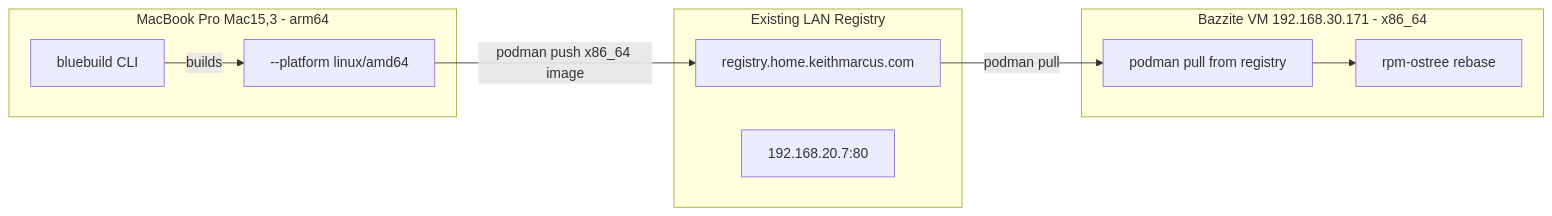
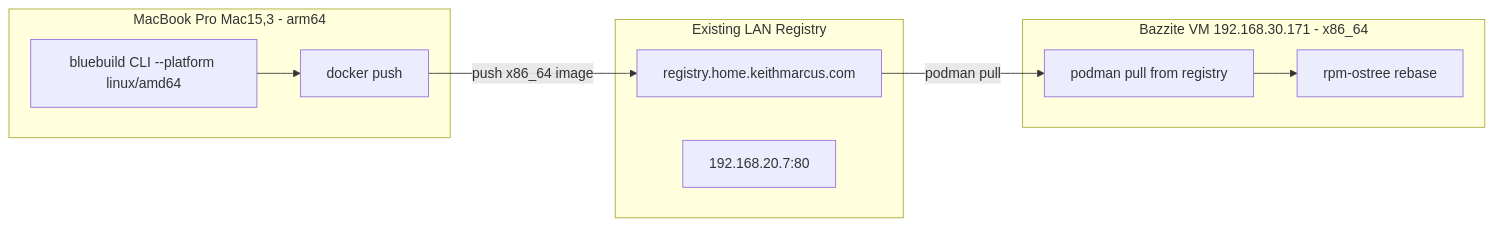
The diagram in docs/development-guide.md (KeithMarcusXIII/bazzite-moonlight), drawn with Mermaid before and after one commit. The commit also changed other lines of this file, not shown here.

First line of the commit message:
📝 docs(development-guide): update to colima/docker workflow and streamline build steps

````diff
--- a/docs/development-guide.md
+++ b/docs/development-guide.md
@@ -234,22 +230,22 @@
 ```mermaid
 flowchart LR
     subgraph Mac["MacBook Pro Mac15,3 - arm64"]
-        BB["bluebuild CLI"]
-        ARCH["--platform linux/amd64"]
-        BB -->|builds| ARCH
+        BB["bluebuild CLI --platform linux/amd64"]
+        DOCKER["docker push"]
+        BB --> DOCKER
     end
 
     subgraph Registry["Existing LAN Registry"]
         REG["registry.home.keithmarcus.com"]
         IP["192.168.20.7:80"]
     end
 
     subgraph VM["Bazzite VM 192.168.30.171 - x86_64"]
         PULL["podman pull from registry"]
         REBASE["rpm-ostree rebase"]
         PULL --> REBASE
     end
 
-    ARCH -->|podman push x86_64 image| REG
+    DOCKER -->|push x86_64 image| REG
     REG -->|podman pull| PULL
 ```
````
